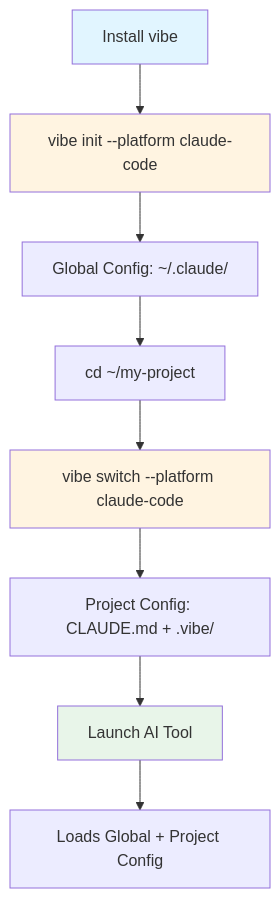
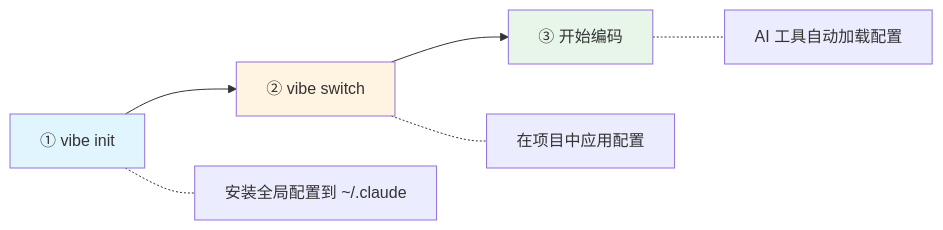
One commit to nehcuh/claude-code-workflow changed the first of 2 diagrams in README.md. Above: the diagram before and after it, drawn with Mermaid. The commit also changed other lines of this file and 1 other file, not shown here.

````diff
--- a/README.md
+++ b/README.md
@@ -382,15 +348,11 @@
 ```mermaid
-graph TB
-    A[Install vibe] --> B[vibe init --platform claude-code]
-    B --> C[Global Config: ~/.claude/]
-    C --> D[cd ~/my-project]
-    D --> E[vibe switch --platform claude-code]
-    E --> F[Project Config: CLAUDE.md + .vibe/]
-    F --> G[Launch AI Tool]
-    G --> H[Loads Global + Project Config]
+graph LR
+    A["① vibe init"] --> B["② vibe switch"] --> C["③ 开始编码"]
+    A -.- A1["安装全局配置到 ~/.claude"]
+    B -.- B1["在项目中应用配置"]
+    C -.- C1["AI 工具自动加载配置"]
 
     style A fill:#e1f5ff
     style B fill:#fff4e1
-    style E fill:#fff4e1
-    style G fill:#e8f5e9
+    style C fill:#e8f5e9
 ```
````
